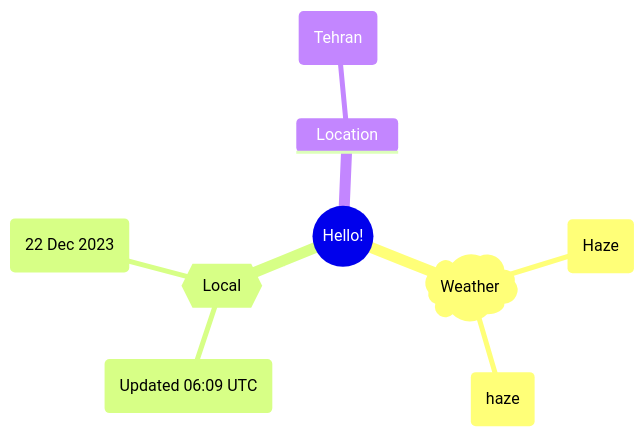
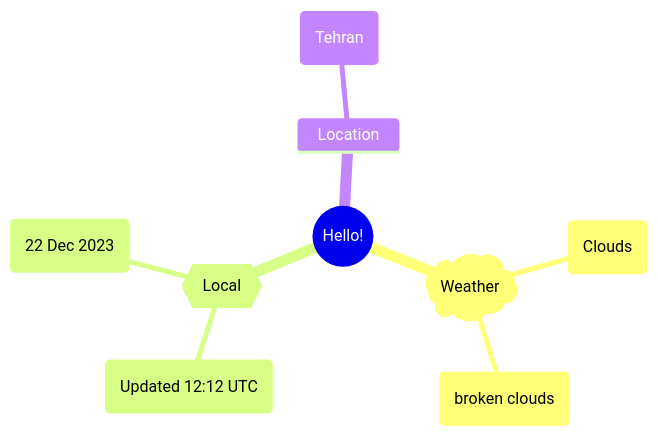
One commit to Xosrov/Xosrov changed the first of 2 diagrams in README.md. Above: the diagram before and after it, drawn with Mermaid.

Commit message:
[bot] updated images

````diff
--- a/README.md
+++ b/README.md
@@ -3,12 +3,12 @@
 ```mermaid
 mindmap
   root((Hello!))
     )Weather(
-        (Haze)
-        (haze)
+        (Clouds)
+        (broken clouds)
     {{Local}}
-        (Updated 06:09 UTC)
+        (Updated 12:12 UTC)
         (22 Dec 2023)
     Location
         (Tehran)
 ```
````
